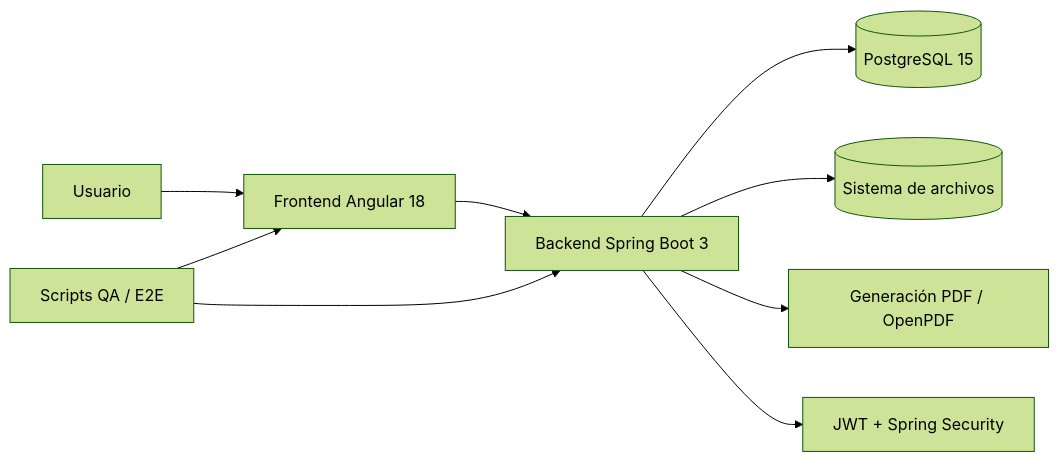
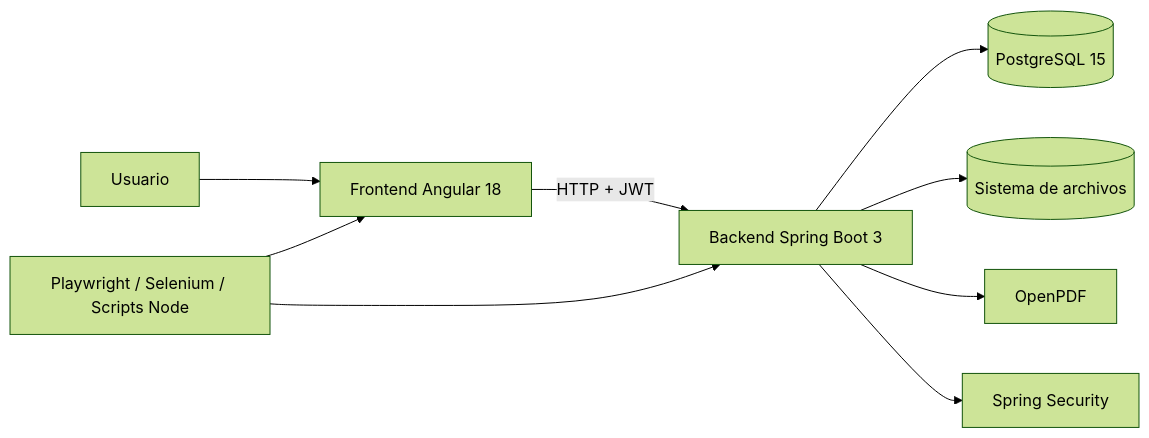
Before and after one commit to Alessander9/Insteip: the first of 4 diagrams in README.md, drawn with Mermaid (forest theme). The commit also changed other lines of this file and 300 other files, not shown here.

````diff
--- a/README.md
+++ b/README.md
@@ -29,11 +71,11 @@
 ```mermaid
 flowchart LR
     U[Usuario] --> F[Frontend Angular 18]
-    F --> API[Backend Spring Boot 3]
+    F -->|HTTP + JWT| API[Backend Spring Boot 3]
     API --> DB[(PostgreSQL 15)]
     API --> FS[(Sistema de archivos)]
-    API --> PDF[Generación PDF / OpenPDF]
-    API --> JWT[JWT + Spring Security]
-    QA[Scripts QA / E2E] --> F
+    API --> PDF[OpenPDF]
+    API --> SEC[Spring Security]
+    QA[Playwright / Selenium / Scripts Node] --> F
     QA --> API
 ```
````
